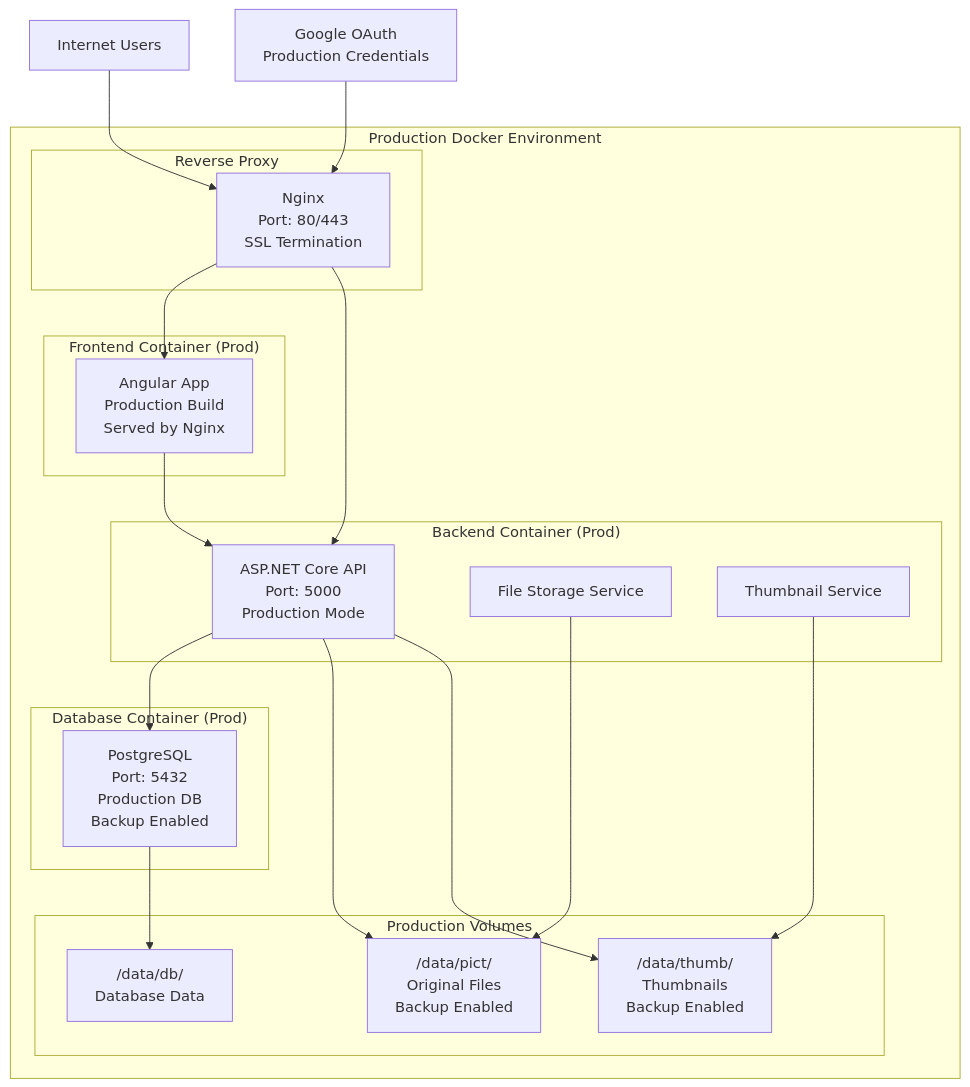
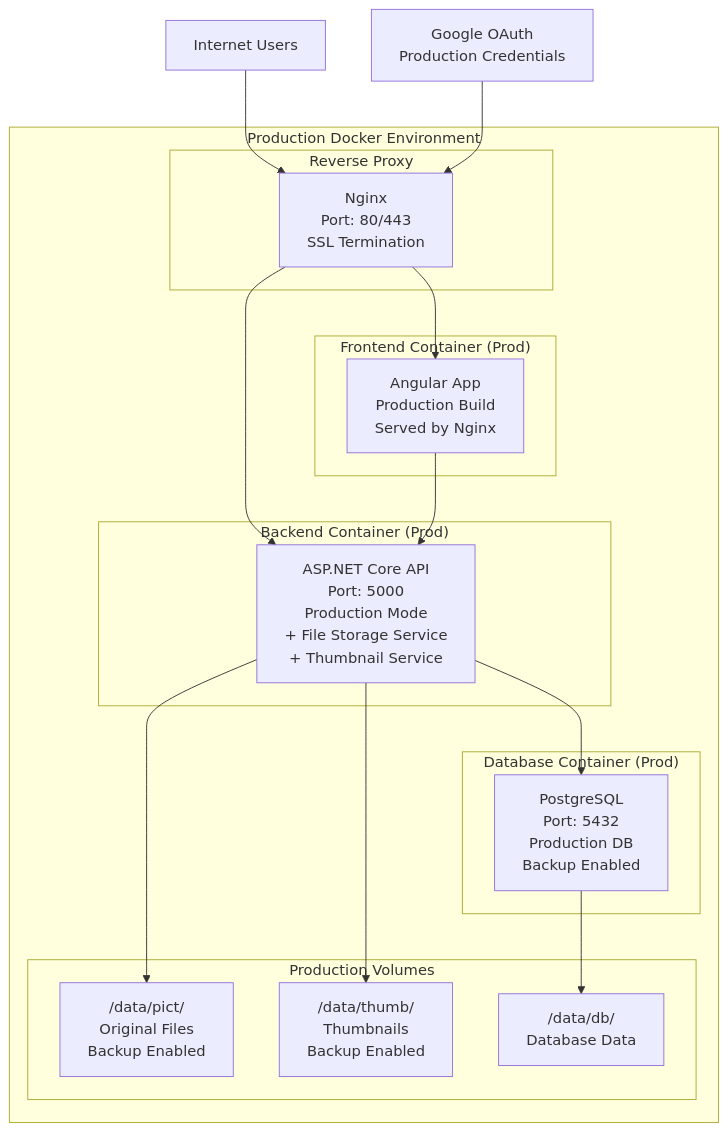
Before and after one commit to NoriyukiYagi/kiro-album-app: the second of 2 diagrams in .kiro/specs/album-app/design.md, drawn with Mermaid. The commit also changed other lines of this file, not shown here.

Commit message:
システム構成図の『File Storage Service』、『Thumbnail Service』は、ASP.NET Core APIに含まれるのであれば、不要なのでは？

````diff
--- a/.kiro/specs/album-app/design.md
+++ b/.kiro/specs/album-app/design.md
@@ -51,40 +47,36 @@
 ```mermaid
 graph TB
     subgraph "Production Docker Environment"
         subgraph "Reverse Proxy"
             K[Nginx<br/>Port: 80/443<br/>SSL Termination]
         end
         
         subgraph "Frontend Container (Prod)"
             A[Angular App<br/>Production Build<br/>Served by Nginx]
         end
         
         subgraph "Backend Container (Prod)"
-            B[ASP.NET Core API<br/>Port: 5000<br/>Production Mode]
-            C[File Storage Service]
-            D[Thumbnail Service]
+            B[ASP.NET Core API<br/>Port: 5000<br/>Production Mode<br/>+ File Storage Service<br/>+ Thumbnail Service]
         end
         
         subgraph "Database Container (Prod)"
             E[PostgreSQL<br/>Port: 5432<br/>Production DB<br/>Backup Enabled]
         end
         
         subgraph "Production Volumes"
             F["/data/pict/<br/>Original Files<br/>Backup Enabled"]
             G["/data/thumb/<br/>Thumbnails<br/>Backup Enabled"]
             L["/data/db/<br/>Database Data"]
         end
     end
     
     M[Internet Users] --> K
     N[Google OAuth<br/>Production Credentials] --> K
     K --> A
     K --> B
     A --> B
     B --> E
     B --> F
     B --> G
-    C --> F
-    D --> G
     E --> L
 ```
````
